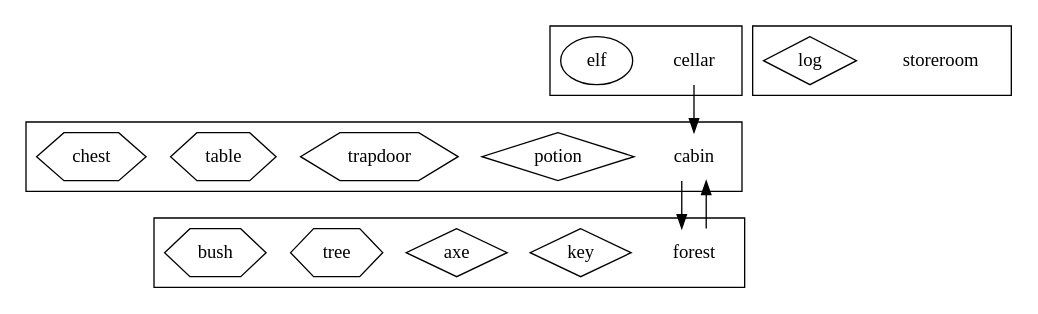
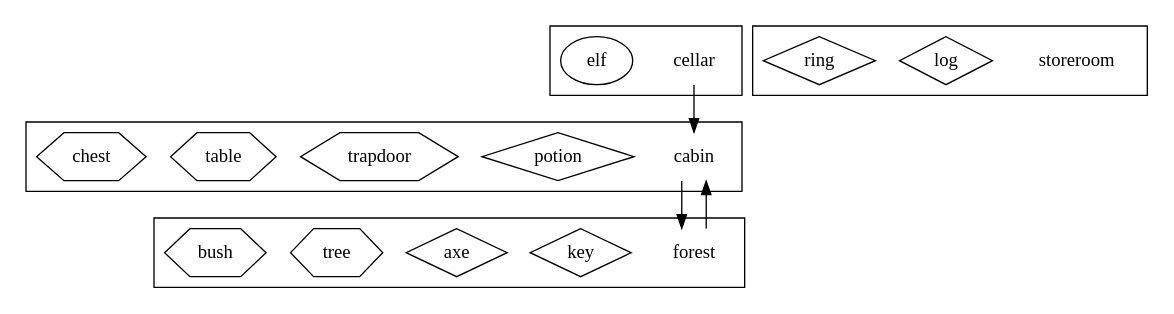
Before and after one commit to MasonSyj/CodeinJava: the diagram in cw-stag/config/basic-entities.dot, drawn with Graphviz. The commit also changed 7 other files, not shown here.

```diff
--- a/cw-stag/config/basic-entities.dot
+++ b/cw-stag/config/basic-entities.dot
@@ -1,68 +1,69 @@
 digraph layout {
     /* ortho splines just makes the arrows into straight lines (rather than curvy ones !) */
     splines = ortho;
     node [shape = "rect"];
 
     subgraph locations {
         subgraph cluster001 {
             node [shape = "none"];
             cabin [description = "A log cabin in the woods"];
             subgraph artefacts {
                 node [shape = "diamond"];
                 potion [description = "Magic potion"];
             }
             subgraph furniture {
                 node [shape = "hexagon"];
                 trapdoor [description = "Wooden trapdoor"];
                 table [description = "A broken table"];
                 chest [description = "A golden chest"];
             }
         }
 
         subgraph cluster002 {
             node [shape = "none"];
             forest [description = "A dark forest"];
             subgraph artefacts {
                 node [shape = "diamond"];
                 key [description = "Brass key"];
                 axe [description = "a heavey axe"];
             }
             subgraph furniture {
                 node [shape = "hexagon"];
                 tree [description = "A big tree"];
                 bush [description = "A huge bush"];
             }
         }
 
         subgraph cluster003 {
             node [shape = "none"];
             cellar [description = "A dusty cellar"]
             subgraph characters {
                 node [shape = "ellipse"];
                 elf [description = "Angry Elf"];
             }
         }
 
         subgraph cluster999 {
             node [shape = "none"];
             storeroom [description = "Storage for any entities not placed in the game"]
             subgraph characters {
                 node [shape = "ellipse"];
             }
             subgraph artefacts {
                 node [shape = "diamond"];
                 log [description = "A heavy wooden log"];
+                ring [description = "A shiny ring"];
             }
             subgraph furniture {
                 node [shape = "hexagon"];
             }
         }
     }
 
     subgraph paths {
         cabin -> forest;
         forest -> cabin;
         cellar -> cabin;
     }
 
 }
```
